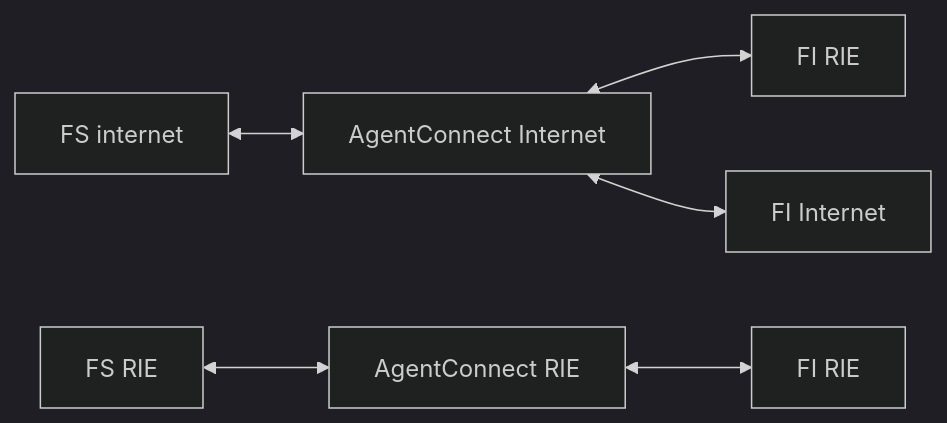
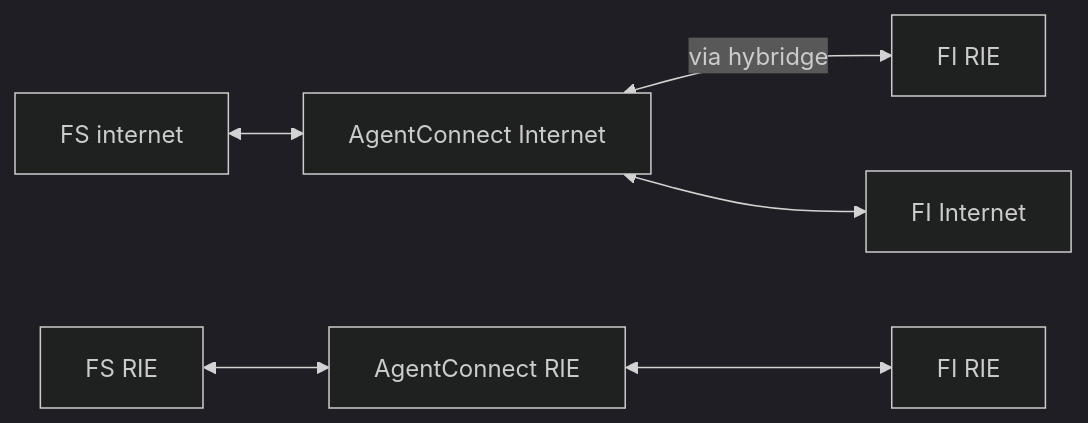
Before and after one commit to numerique-gouv/proconnect-documentation: the second of 2 diagrams in doc_fi/plateformes_fi.md, drawn with Mermaid (dark theme). The commit also changed other lines of this file, not shown here.

Commit message:
add arrow with hybridge

````diff
--- a/doc_fi/plateformes_fi.md
+++ b/doc_fi/plateformes_fi.md
@@ -47,9 +46,10 @@
 ```mermaid
 flowchart LR    
     FS2[FS internet] <--> AC2[AgentConnect Internet]
-    AC2 <--> FI1[FI RIE]
+    AC2 <-->  |via hybridge| FI1[FI RIE]
     AC2 <--> FI2[FI Internet]
     
     FS1[FS RIE] <--> C1AC1[AgentConnect RIE]
     C1AC1 <--> FSIFI1[FI RIE]
+    
 ```
````
